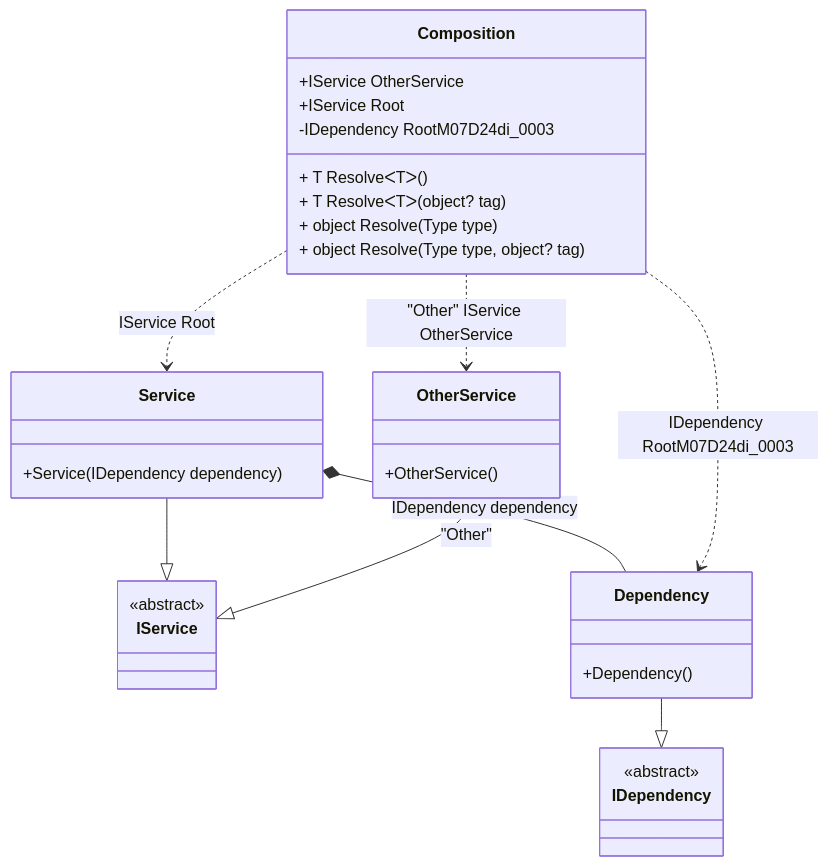
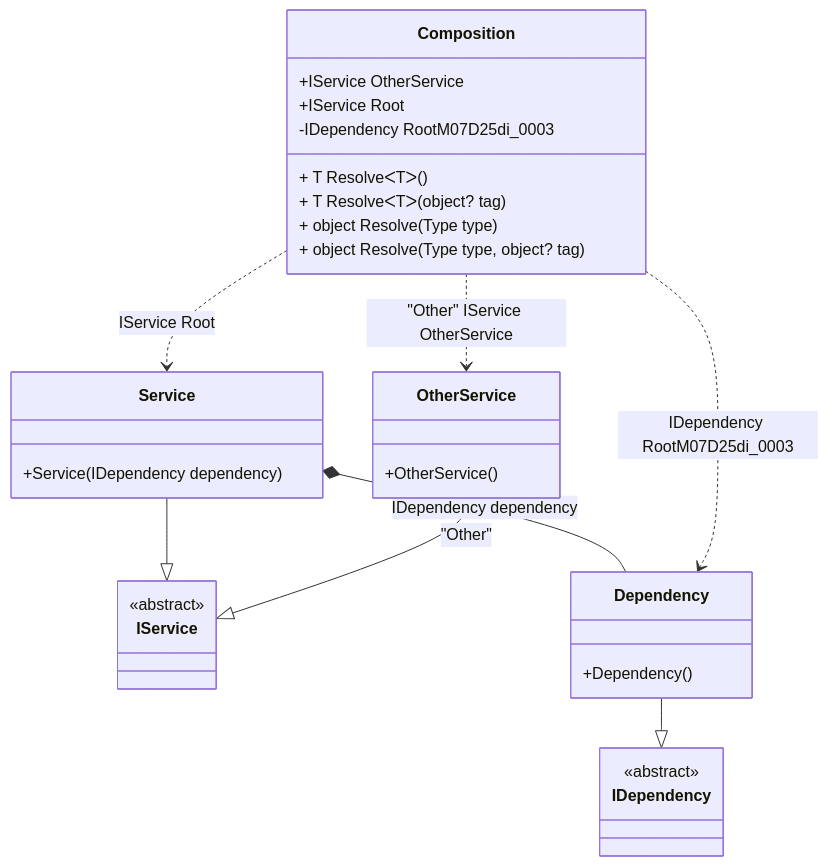
One commit to DevTeam/Pure.DI changed the diagram in readme/composition-roots.md. Above: the diagram before and after it, drawn with Mermaid. The commit also changed other lines of this file and 54 other files, not shown here.

````diff
--- a/readme/composition-roots.md
+++ b/readme/composition-roots.md
@@ -45,34 +45,34 @@
 ```mermaid
 classDiagram
   class Composition {
     +IService OtherService
     +IService Root
-    -IDependency RootM07D24di_0003
+    -IDependency RootM07D25di_0003
     + T ResolveᐸTᐳ()
     + T ResolveᐸTᐳ(object? tag)
     + object Resolve(Type type)
     + object Resolve(Type type, object? tag)
   }
   Service --|> IService : 
   class Service {
     +Service(IDependency dependency)
   }
   OtherService --|> IService : "Other" 
   class OtherService {
     +OtherService()
   }
   Dependency --|> IDependency : 
   class Dependency {
     +Dependency()
   }
   class IService {
     <<abstract>>
   }
   class IDependency {
     <<abstract>>
   }
   Service *--  Dependency : IDependency dependency
   Composition ..> Service : IService Root
   Composition ..> OtherService : "Other" IService OtherService
-  Composition ..> Dependency : IDependency RootM07D24di_0003
+  Composition ..> Dependency : IDependency RootM07D25di_0003
 ```
````
